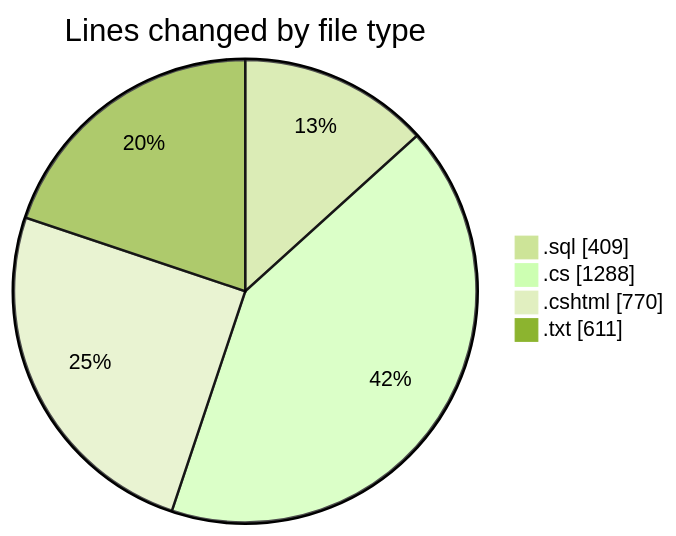
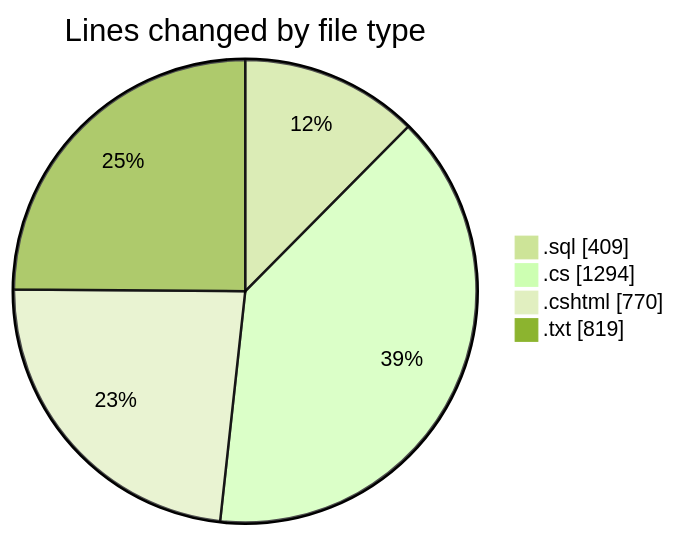
The first of 2 diagrams in 2025-07-23/quanlyrapchieuphim/README.md (lephambinh05/code-tracking), drawn with Mermaid (forest theme) before and after one commit. The commit also changed other lines of this file and 1 other file, not shown here.

````diff
--- a/2025-07-23/quanlyrapchieuphim/README.md
+++ b/2025-07-23/quanlyrapchieuphim/README.md
@@ -27,8 +27,8 @@
 ```mermaid
 pie showData
 title Lines changed by file type
 ".sql" : 409
-".cs" : 1288
+".cs" : 1294
 ".cshtml" : 770
-".txt" : 611
+".txt" : 819
 ```
````
